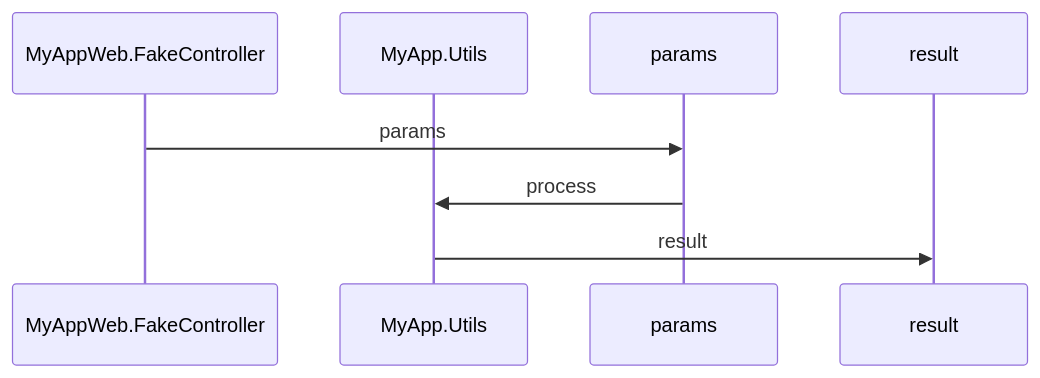
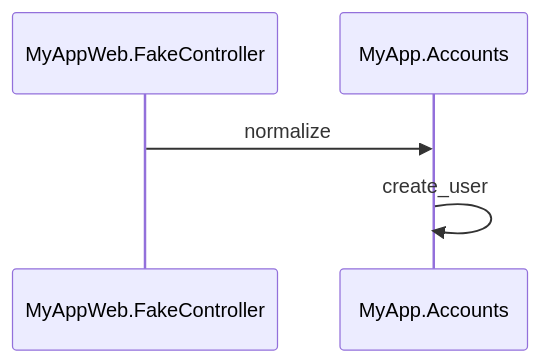
One commit to claudionts/pipe_trace changed the diagram in sequence_diagram.md. Above: the diagram before and after it, drawn with Mermaid. The commit also changed 1 other file, not shown here.

````diff
--- a/sequence_diagram.md
+++ b/sequence_diagram.md
@@ -1,8 +1,7 @@
 ```mermaid
 sequenceDiagram
 participant MyAppWeb.FakeController
-participant MyApp.Utils
-MyAppWeb.FakeController->>params: params
-params->>MyApp.Utils: process
-MyApp.Utils->>result: result
+participant MyApp.Accounts
+MyAppWeb.FakeController->>MyApp.Accounts: normalize
+MyApp.Accounts->>MyApp.Accounts: create_user
 ```
````
